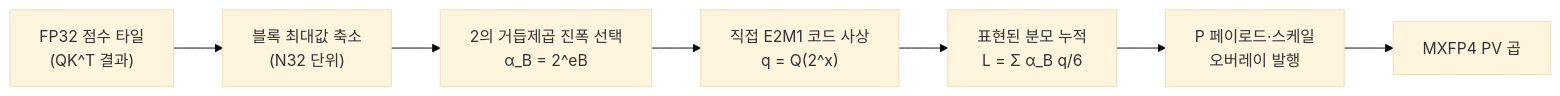
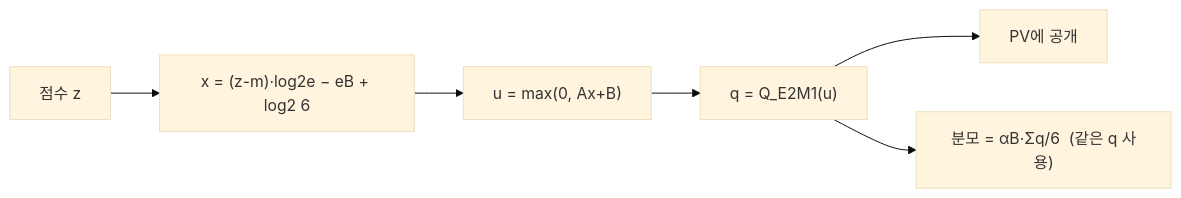
Before and after one commit to ryujaehun/ryujaehun.github.io: the second of 2 diagrams in content/posts/2026-09-07-paper-2609.04105v1.md, drawn with Mermaid (base theme). The commit also changed other lines of this file and 6 other files, not shown here.

````diff
--- a/content/posts/2026-09-07-paper-2609.04105v1.md
+++ b/content/posts/2026-09-07-paper-2609.04105v1.md
@@ -74,9 +144,8 @@
 ```mermaid
 flowchart LR
-    A["FP32 점수 타일<br/>(QK^T 결과)"] --> B["블록 최대값 축소<br/>(N32 단위)"]
-    B --> C["2의 거듭제곱 진폭 선택<br/>α_B = 2^eB"]
-    C --> D["직접 E2M1 코드 사상<br/>q = Q(2^x)"]
-    D --> E["표현된 분모 누적<br/>L = Σ α_B q/6"]
-    E --> F["P 페이로드·스케일<br/>오버레이 발행"]
-    F --> G["MXFP4 PV 곱"]
+    Z[점수 z] --> X["x = (z-m)·log2e − eB + log2 6"]
+    X --> U["u = max(0, Ax+B)"]
+    U --> Q["q = Q_E2M1(u)"]
+    Q --> P[PV에 공개]
+    Q --> L["분모 = αB·Σq/6  (같은 q 사용)"]
 ```
````
